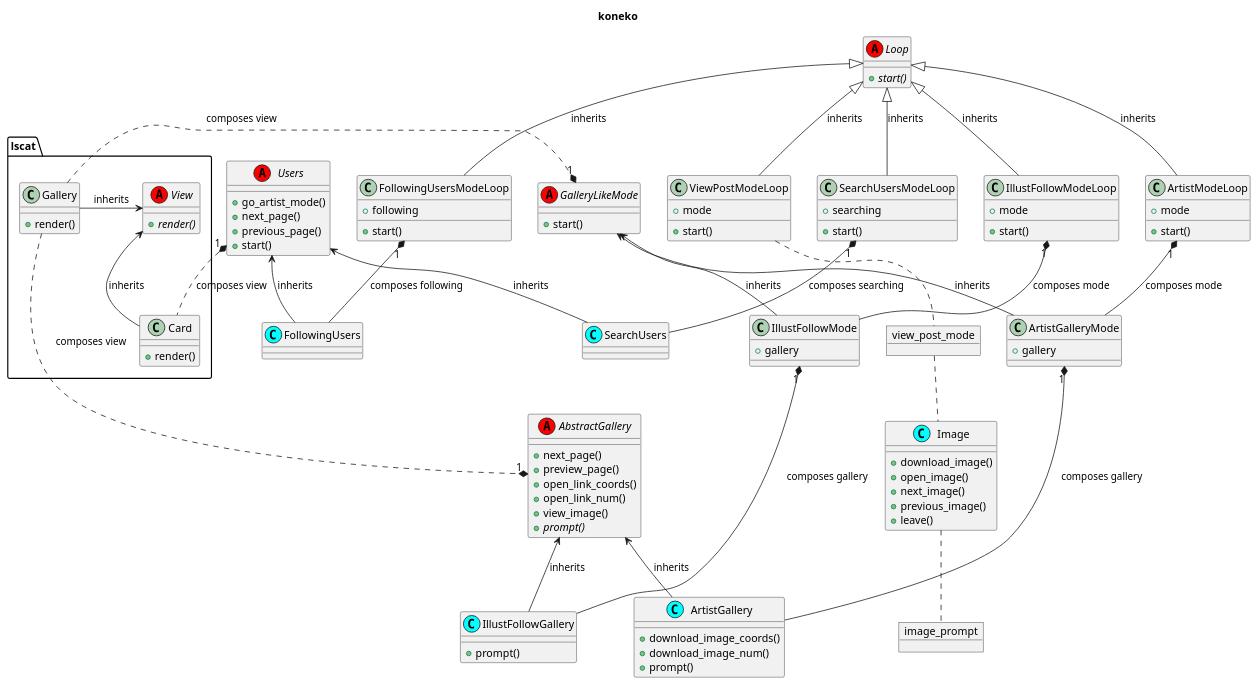
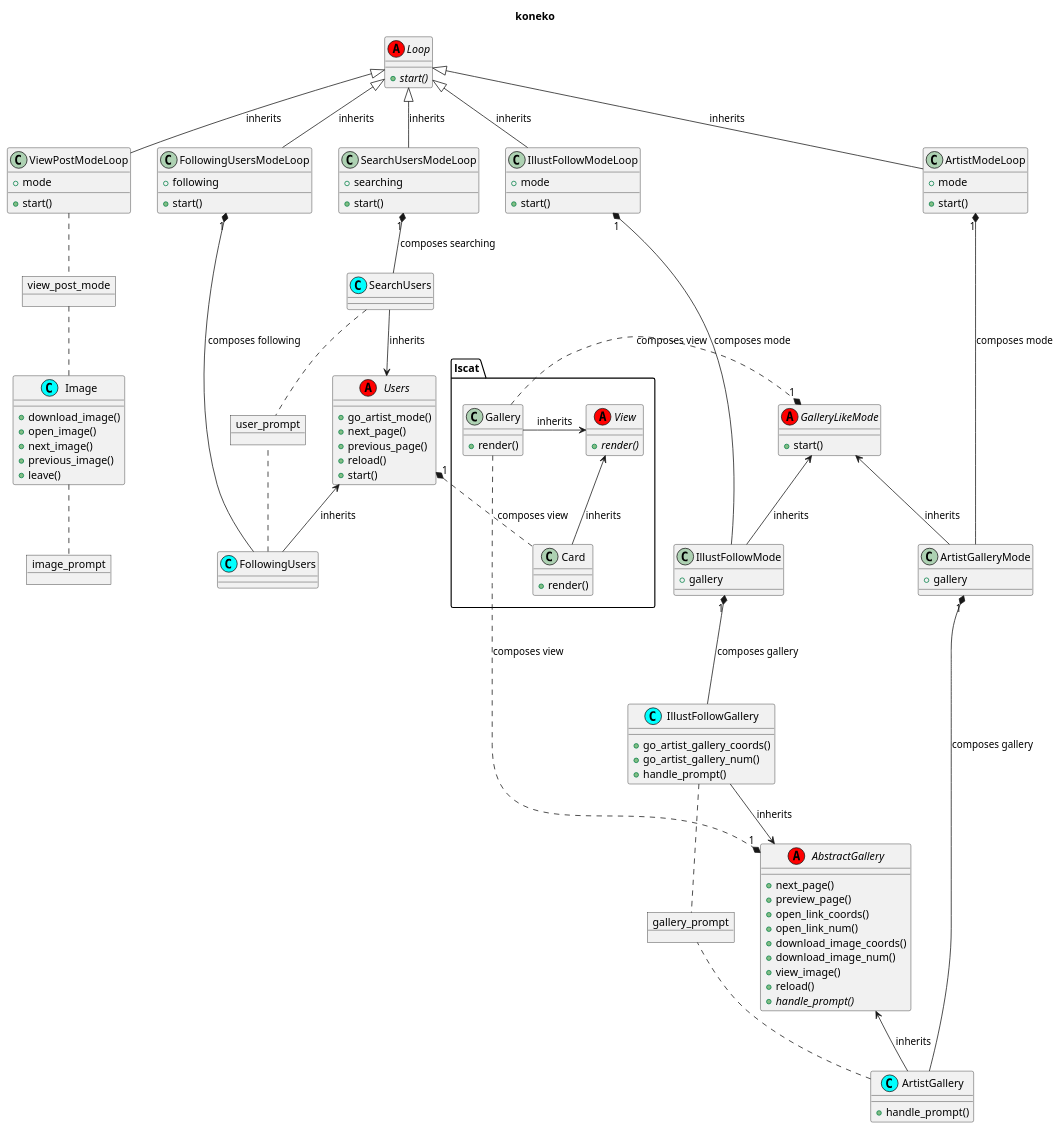
Before and after one commit to akazukin5151/koneko-old: the diagram in classes.puml, drawn with PlantUML. The commit also changed other lines of this file and 1 other file, not shown here.

Commit message:
Updated UML diagram

```diff
--- a/classes.puml
+++ b/classes.puml
@@ -1,137 +1,151 @@
 @startuml
 
 title koneko
 
 
 abstract class Loop <<(A, red)>>{
   +{abstract}start()
 }
 
 class ArtistModeLoop {
     + mode
     +start()
 }
 class IllustFollowModeLoop {
     + mode
     +start()
 }
 Loop <|-down- ArtistModeLoop: inherits
 Loop <|-down- IllustFollowModeLoop: inherits
 
 
 abstract class GalleryLikeMode <<(A, red)>>{
     +start()
 }
 class ArtistGalleryMode {
     + gallery
 }
 class IllustFollowMode {
     + gallery
 }
 abstract class AbstractGallery <<(A, red)>>{
     +next_page()
     +preview_page()
     +open_link_coords()
     +open_link_num()
+    +download_image_coords()
+    +download_image_num()
     +view_image()
-    +{abstract}prompt()
+    +reload()
+    +{abstract}handle_prompt()
 }
 
 class ArtistGallery <<(C, cyan)>>{
-    +download_image_coords()
-    +download_image_num()
-    +prompt()
+    +handle_prompt()
 }
 class IllustFollowGallery <<(C, cyan)>>{
-    +prompt()
+    +go_artist_gallery_coords()
+    +go_artist_gallery_num()
+    +handle_prompt()
 }
+object gallery_prompt
 
 GalleryLikeMode <-down- ArtistGalleryMode: inherits
 ArtistModeLoop "1" *-down- ArtistGalleryMode: composes mode
 
 GalleryLikeMode <-down- IllustFollowMode: inherits
 IllustFollowModeLoop "1" *-down- IllustFollowMode: composes mode
 
 AbstractGallery <-down- IllustFollowGallery: inherits
 IllustFollowMode "1" *-down-- IllustFollowGallery: composes gallery
 
 AbstractGallery <-down- ArtistGallery: inherits
 ArtistGalleryMode "1" *-down-- ArtistGallery: composes gallery
 
+gallery_prompt -right[hidden]-> AbstractGallery
+ArtistGallery .right. gallery_prompt
+IllustFollowGallery .right. gallery_prompt
 
 class ViewPostModeLoop {
     + mode
     +start()
 }
 object view_post_mode
 object image_prompt
 class Image <<(C, cyan)>>{
     + download_image()
     + open_image()
     + next_image()
     + previous_image()
     + leave()
 }
 
 ViewPostModeLoop -right[hidden]-> SearchUsersModeLoop
 Loop <|-down- ViewPostModeLoop: inherits
 ViewPostModeLoop .. view_post_mode
 view_post_mode .. Image
 Image .. image_prompt
 
 
 class FollowingUsersModeLoop {
     + following
     +start()
 }
 class SearchUsersModeLoop {
     + searching
     +start()
 }
+object user_prompt
+
 FollowingUsersModeLoop -right[hidden]-> IllustFollowModeLoop
 SearchUsersModeLoop -right[hidden]-> IllustFollowModeLoop
 Loop <|-down- FollowingUsersModeLoop: inherits
 Loop <|-down- SearchUsersModeLoop: inherits
+
+user_prompt -right[hidden]-> Users
+FollowingUsers .. user_prompt
+SearchUsers .. user_prompt
 
 class FollowingUsers <<(C, cyan)>>
 class SearchUsers <<(C, cyan)>>
 abstract class Users <<(A, red)>>{
     +go_artist_mode()
     +next_page()
     +previous_page()
+    +reload()
     +start()
 }
 Users <-down- FollowingUsers: inherits
 Users <-down- SearchUsers: inherits
 FollowingUsersModeLoop "1" *-down- FollowingUsers: composes following
 SearchUsersModeLoop "1" *-down- SearchUsers: composes searching
 
 abstract class lscat.View <<(A, red)>>{
     +{abstract}render()
 }
 class lscat.Card {
     + render()
 }
 class lscat.Gallery {
     + render()
 }
 
 lscat.View <-down- lscat.Card: inherits
 lscat.View <-left- lscat.Gallery: inherits
 
 Users "1" *.down. lscat.Card: composes view
 GalleryLikeMode "1" *.up lscat.Gallery: composes view
 AbstractGallery "1" *.up lscat.Gallery: composes view
 
 AbstractGallery --up[hidden]-> GalleryLikeMode
 IllustFollowMode -right[hidden]-> ArtistGalleryMode
 SearchUsers -right[hidden]-> IllustFollowMode
 
 lscat.Gallery --left[hidden]-> IllustFollowGallery
 GalleryLikeMode -down[hidden]-> IllustFollowGallery
 GalleryLikeMode -down[hidden]-> ArtistGallery
 
 Users -right[hidden]-> GalleryLikeMode
 lscat.Card -up[hidden]-> GalleryLikeMode
 
 @enduml
```
